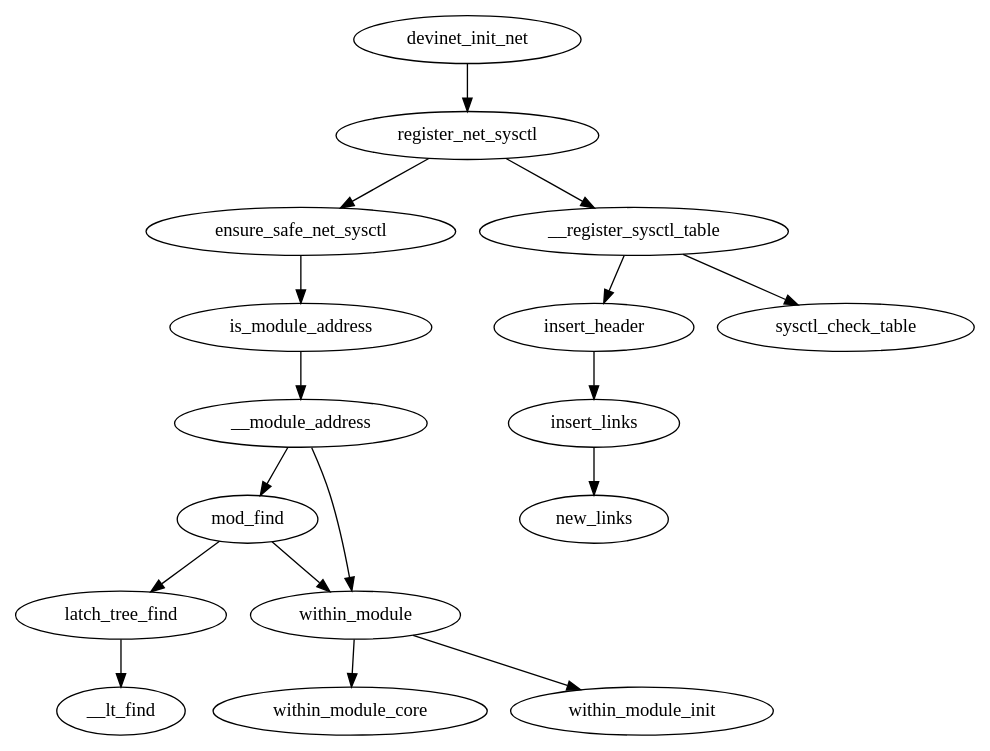
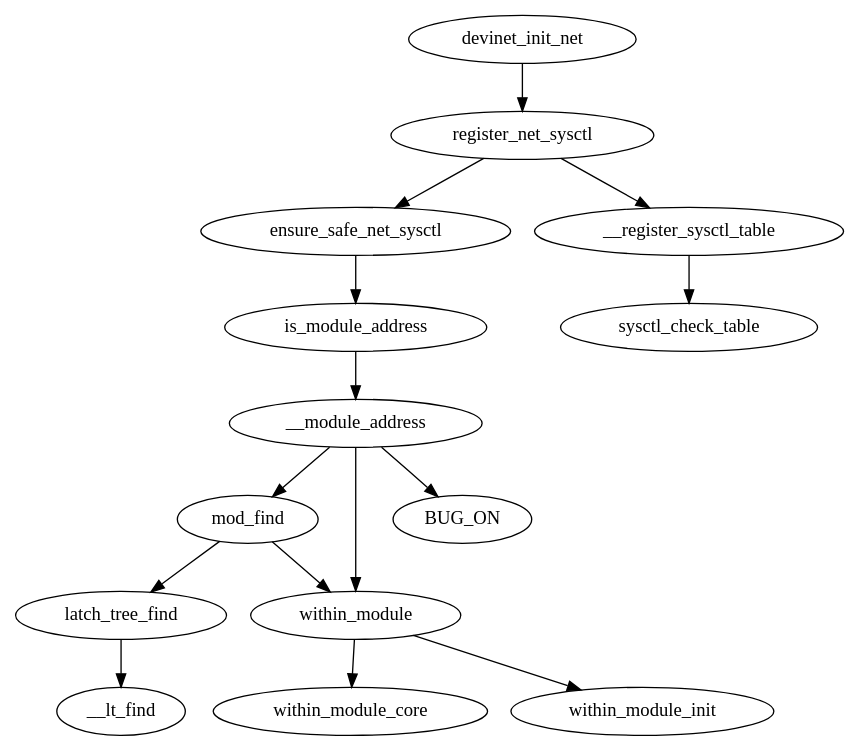
Before and after one commit to cendes/knob_graph_search: the diagram in partial_graph_ip_forward.dot, drawn with Graphviz. The commit also changed 32 other files, not shown here.

```diff
--- a/partial_graph_ip_forward.dot
+++ b/partial_graph_ip_forward.dot
@@ -1,18 +1,16 @@
 digraph "/home/cendes/Documents/masters_thesis/ocloz/knob_graph_search/./partial_graph_ip_forward.dot" {
 	 register_net_sysctl -> ensure_safe_net_sysctl
 	 ensure_safe_net_sysctl -> is_module_address
 	 is_module_address -> __module_address
 	 latch_tree_find -> __lt_find
 	 mod_find -> latch_tree_find
 	 __module_address -> mod_find
 	 within_module -> within_module_core
 	 __module_address -> within_module
 	 mod_find -> within_module
 	 within_module -> within_module_init
+	 __module_address -> BUG_ON
 	 devinet_init_net -> register_net_sysctl
-	 insert_links -> new_links
-	 insert_header -> insert_links
-	 __register_sysctl_table -> insert_header
+	 __register_sysctl_table -> sysctl_check_table
 	 register_net_sysctl -> __register_sysctl_table
-	 __register_sysctl_table -> sysctl_check_table
 }
```
